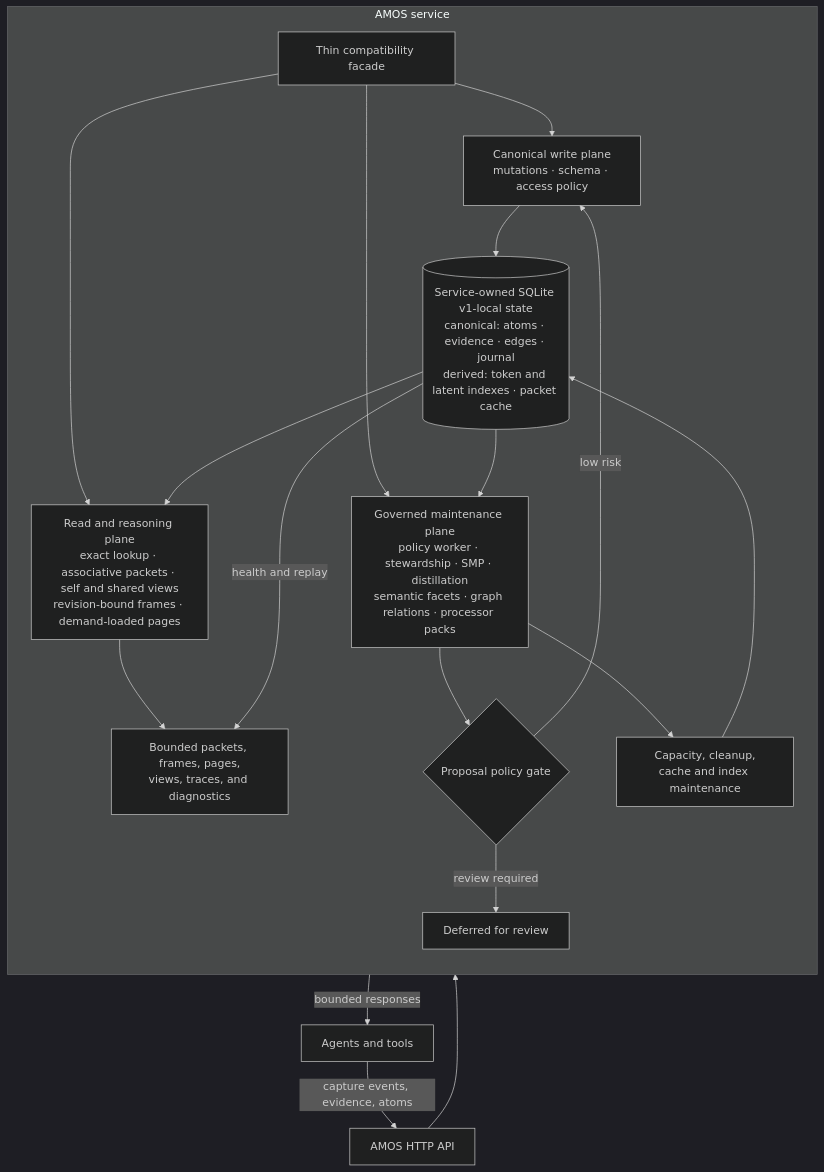
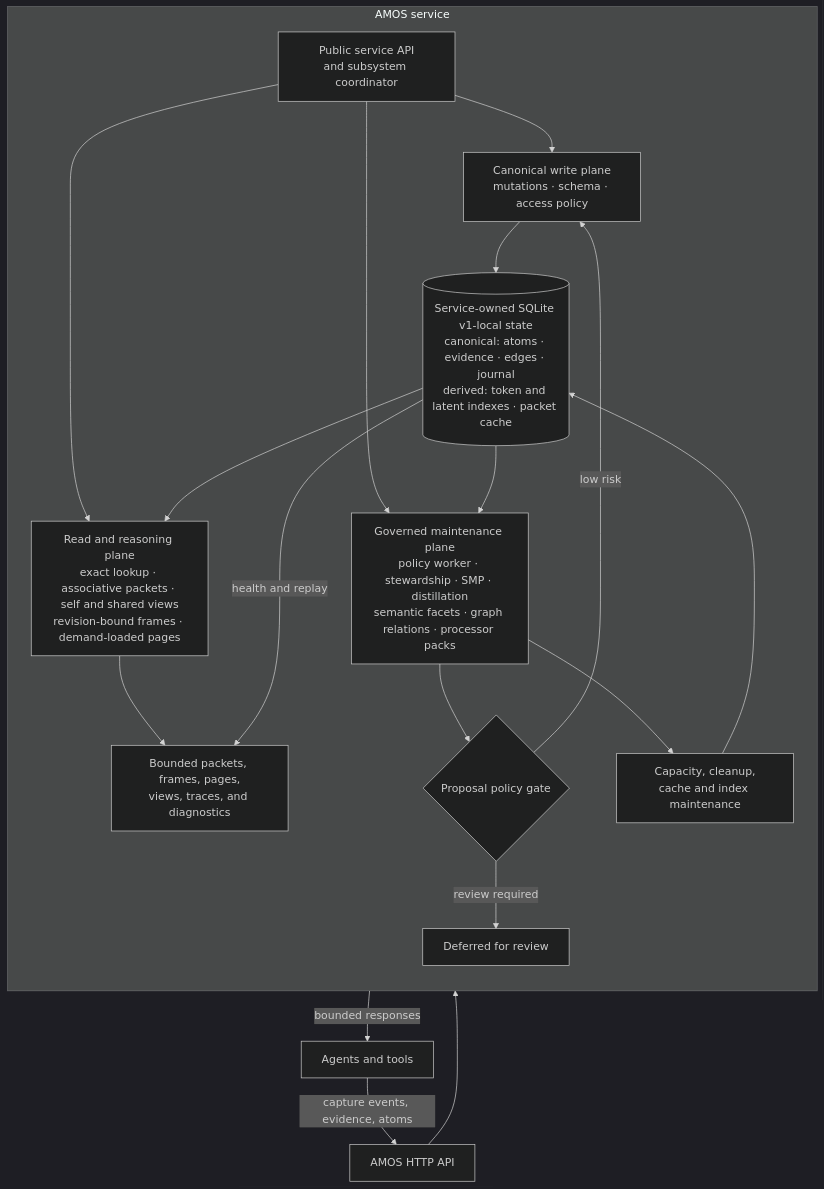
Before and after one commit to adegany/amos: the diagram in README.md, drawn with Mermaid (dark theme). The commit also changed other lines of this file, not shown here.

Commit message:
updated architecture diagram

````diff
--- a/README.md
+++ b/README.md
@@ -23,30 +23,30 @@
 ```mermaid
 flowchart TB
     A[Agents and tools] -->|capture events, evidence, atoms| H[AMOS HTTP API]
     H --> F
 
     subgraph AMOS[AMOS service]
         direction TB
-        F[Thin compatibility facade]
+        F[Public service API<br/>and subsystem coordinator]
         W[Canonical write plane<br/>mutations · schema · access policy]
         S[(Service-owned SQLite v1-local state<br/>canonical: atoms · evidence · edges · journal<br/>derived: token and latent indexes · packet cache)]
         R[Read and reasoning plane<br/>exact lookup · associative packets · self and shared views<br/>revision-bound frames · demand-loaded pages]
         O[Bounded packets, frames, pages,<br/>views, traces, and diagnostics]
         M[Governed maintenance plane<br/>policy worker · stewardship · SMP · distillation<br/>semantic facets · graph relations · processor packs]
         G{Proposal policy gate}
         D[Deferred for review]
         C[Capacity, cleanup,<br/>cache and index maintenance]
 
         F --> W --> S
         F --> R
         S --> R --> O
         F --> M
         S --> M --> G
         G -->|low risk| W
         G -->|review required| D
         M --> C --> S
         S -->|health and replay| O
     end
 
     O -->|bounded responses| A
 ```
````
